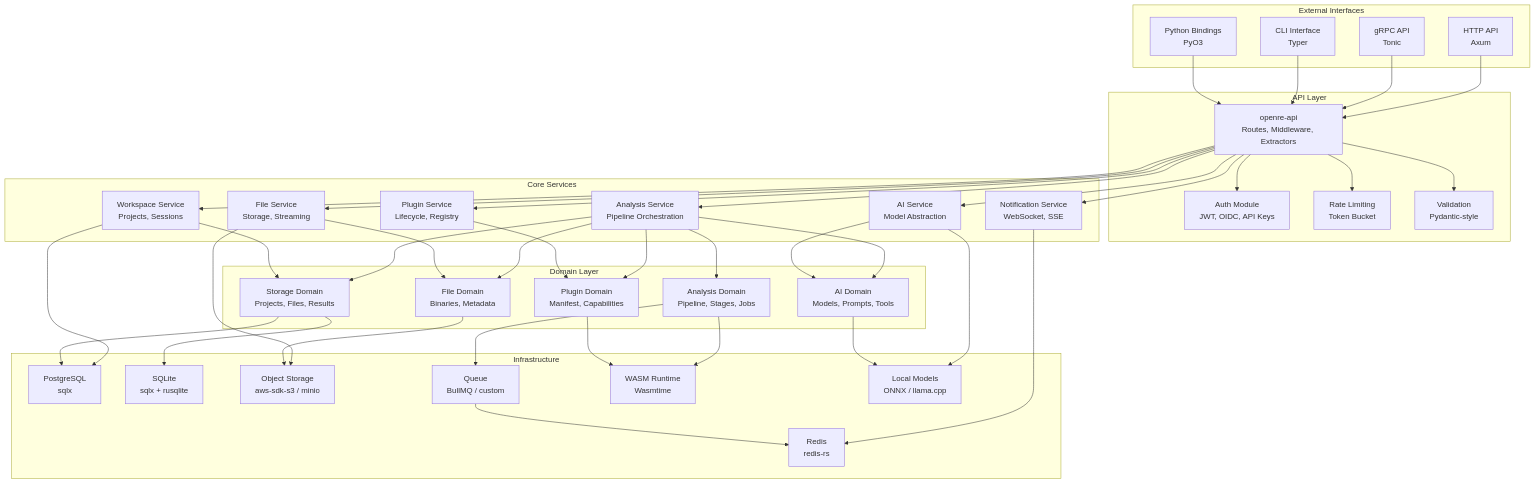
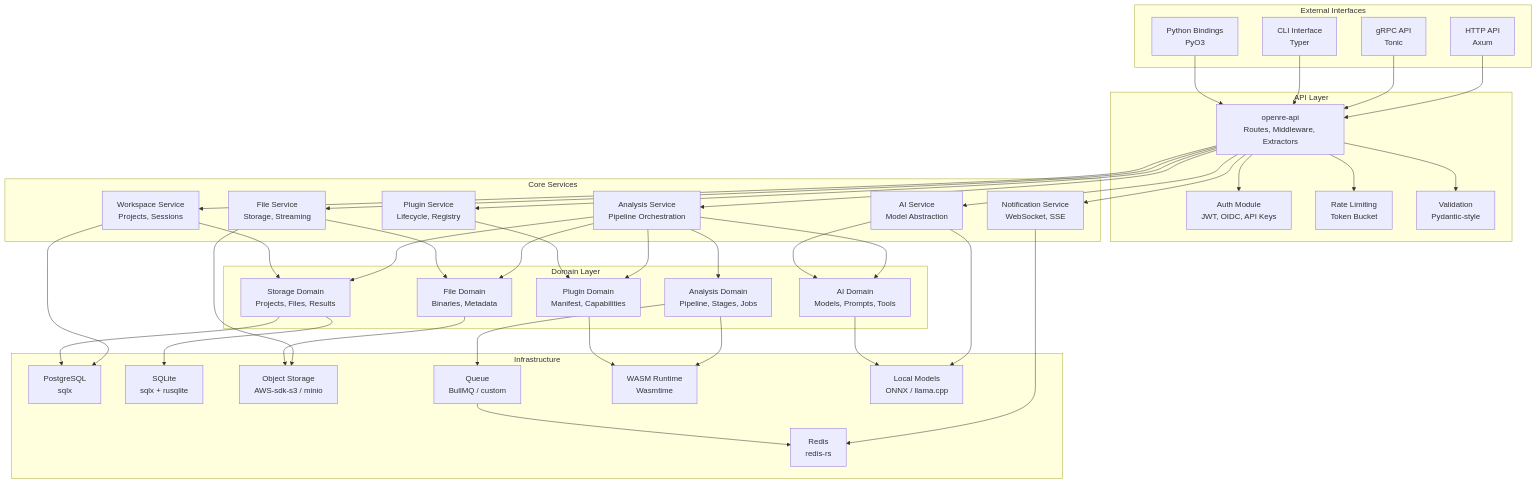
One commit to RXVEN-1907/open-re changed the first of 3 diagrams in docs/architecture/03-backend-architecture.md. Above: the diagram before and after it, drawn with Mermaid. The commit also changed other lines of this file and 167 other files, not shown here.

````diff
--- a/docs/architecture/03-backend-architecture.md
+++ b/docs/architecture/03-backend-architecture.md
@@ -11,78 +11,78 @@
 ```mermaid
 graph TB
     subgraph "External Interfaces"
         HTTP[HTTP API<br/>Axum]
-        GRPC[gRPC API<br/>Tonic]
+        gRPC[gRPC API<br/>Tonic]
         CLI[CLI Interface<br/>Typer]
         PY[Python Bindings<br/>PyO3]
     end
 
     subgraph "API Layer"
         API[openre-api<br/>Routes, Middleware, Extractors]
         AUTH[Auth Module<br/>JWT, OIDC, API Keys]
         RATE[Rate Limiting<br/>Token Bucket]
         VAL[Validation<br/>Pydantic-style]
     end
 
     subgraph "Core Services"
         AS[Analysis Service<br/>Pipeline Orchestration]
         PS[Plugin Service<br/>Lifecycle, Registry]
         AI[AI Service<br/>Model Abstraction]
         FS[File Service<br/>Storage, Streaming]
         WS[Workspace Service<br/>Projects, Sessions]
         NS[Notification Service<br/>WebSocket, SSE]
     end
 
     subgraph "Domain Layer"
         AN[Analysis Domain<br/>Pipeline, Stages, Jobs]
         PL[Plugin Domain<br/>Manifest, Capabilities]
         AI_D[AI Domain<br/>Models, Prompts, Tools]
         ST[Storage Domain<br/>Projects, Files, Results]
         FS_D[File Domain<br/>Binaries, Metadata]
     end
 
     subgraph "Infrastructure"
         PG[PostgreSQL<br/>sqlx]
         SQ[SQLite<br/>sqlx + rusqlite]
         RD[Redis<br/>redis-rs]
-        OB[Object Storage<br/>aws-sdk-s3 / minio]
+        OB[Object Storage<br/>AWS-sdk-s3 / minio]
         QU[Queue<br/>BullMQ / custom]
         WM[WASM Runtime<br/>Wasmtime]
         LM[Local Models<br/>ONNX / llama.cpp]
     end
 
     HTTP --> API
-    GRPC --> API
+    gRPC --> API
     CLI --> API
     PY --> API
     API --> AUTH
     API --> RATE
     API --> VAL
     API --> AS
     API --> PS
     API --> AI
     API --> FS
     API --> WS
     API --> NS
     AS --> AN
     AS --> PL
     AS --> AI_D
     AS --> ST
     AS --> FS_D
     PS --> PL
     AI --> AI_D
     AI --> LM
     FS --> OB
     FS --> FS_D
     WS --> ST
     WS --> PG
     NS --> RD
     AN --> QU
     AN --> WM
     PL --> WM
     AI_D --> LM
     ST --> PG
     ST --> SQ
     FS_D --> OB
     QU --> RD
 ```
````
